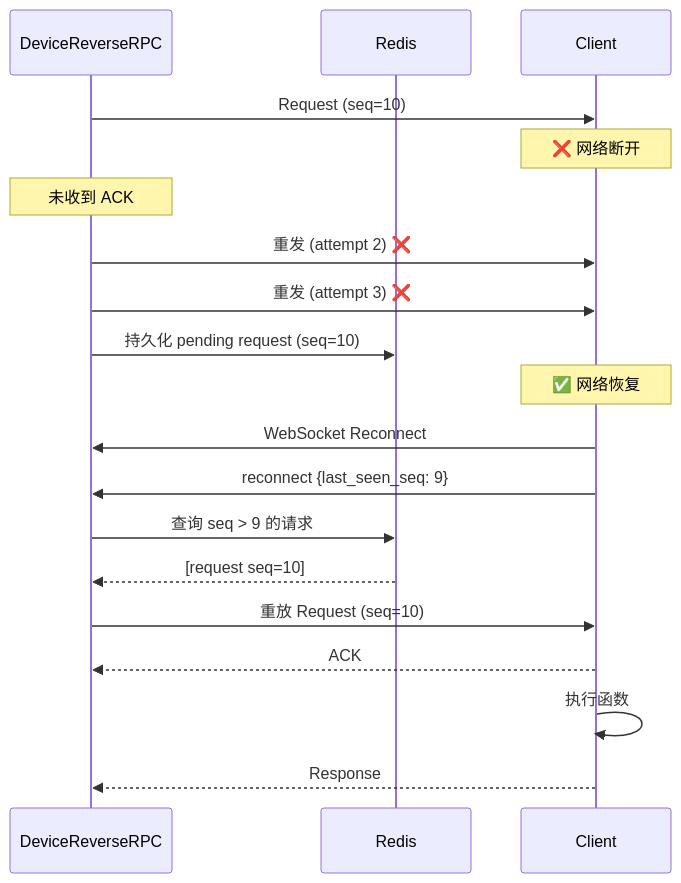
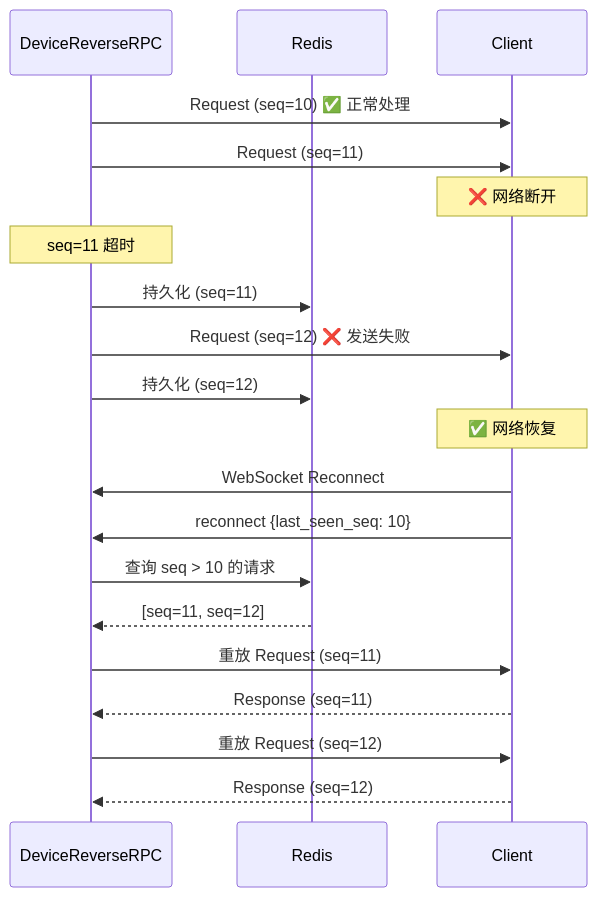
Diagram 18 of 20 in docs/DESIGN_CLIENT_FUNCTION_AGENT_TOOLS.md (PineappleBond/xyncra-server), drawn with Mermaid before and after one commit. The commit also changed other lines of this file, not shown here.

First line of the commit message:
docs: remove ACK mechanism, add (userID,deviceID) connection constraint

````diff
--- a/docs/DESIGN_CLIENT_FUNCTION_AGENT_TOOLS.md
+++ b/docs/DESIGN_CLIENT_FUNCTION_AGENT_TOOLS.md
@@ -728,23 +728,24 @@
 ```mermaid
 sequenceDiagram
     participant RRPC as DeviceReverseRPC
     participant Redis
     participant Client
 
-    RRPC->>Client: Request (seq=10)
+    RRPC->>Client: Request (seq=10) ✅ 正常处理
+    RRPC->>Client: Request (seq=11)
     Note over Client: ❌ 网络断开
-    Note over RRPC: 未收到 ACK
-    RRPC->>Client: 重发 (attempt 2) ❌
-    RRPC->>Client: 重发 (attempt 3) ❌
-    RRPC->>Redis: 持久化 pending request (seq=10)
+    Note over RRPC: seq=11 超时
+    RRPC->>Redis: 持久化 (seq=11)
+    RRPC->>Client: Request (seq=12) ❌ 发送失败
+    RRPC->>Redis: 持久化 (seq=12)
 
     Note over Client: ✅ 网络恢复
     Client->>RRPC: WebSocket Reconnect
-    Client->>RRPC: reconnect {last_seen_seq: 9}
-    RRPC->>Redis: 查询 seq > 9 的请求
-    Redis-->>RRPC: [request seq=10]
-    RRPC->>Client: 重放 Request (seq=10)
-    Client-->>RRPC: ACK
-    Client->>Client: 执行函数
-    Client-->>RRPC: Response
+    Client->>RRPC: reconnect {last_seen_seq: 10}
+    RRPC->>Redis: 查询 seq > 10 的请求
+    Redis-->>RRPC: [seq=11, seq=12]
+    RRPC->>Client: 重放 Request (seq=11)
+    Client-->>RRPC: Response (seq=11)
+    RRPC->>Client: 重放 Request (seq=12)
+    Client-->>RRPC: Response (seq=12)
 ```
````
